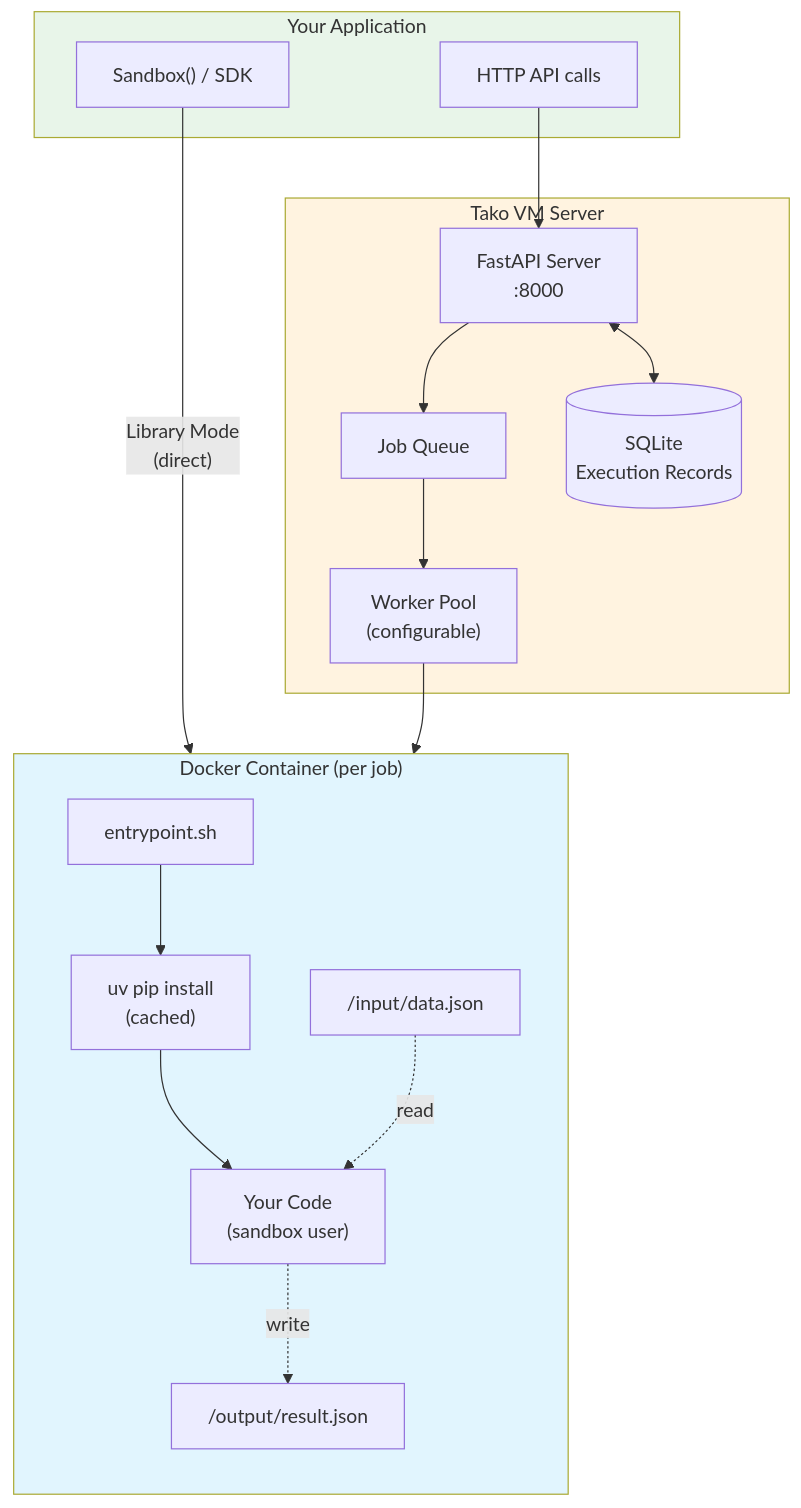
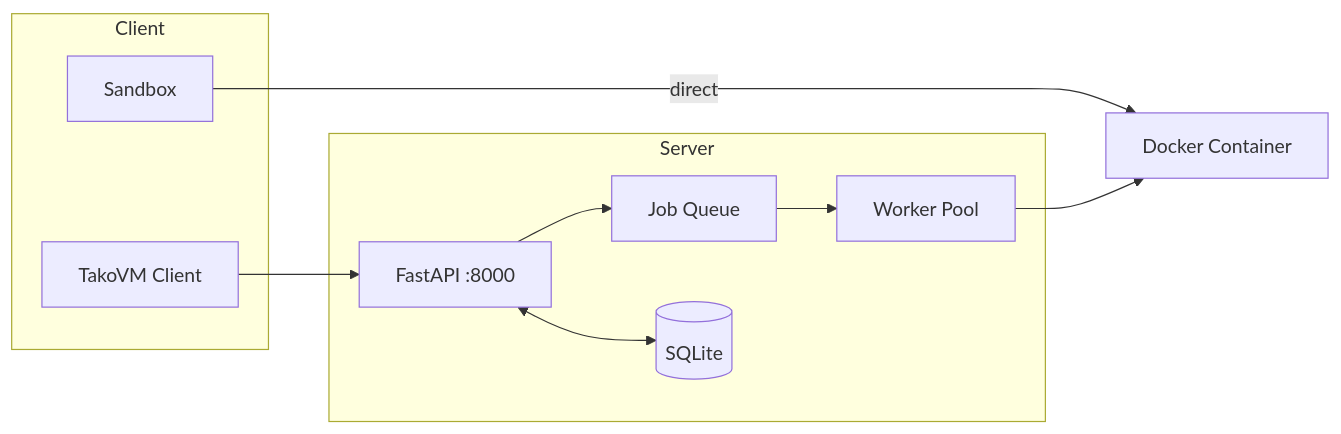
Before and after one commit to outerport/TakoVM: the diagram in README.md, drawn with Mermaid.

Commit message:
Simplify architecture diagram in README
- Change from vertical to horizontal flow for better readability
- Clarify two client paths: Sandbox (direct) vs TakoVM Client (via server)
- Remove verbose labels and multi-line node text
- Reduce diagram from ~40 lines to ~20 lines

````diff
--- a/README.md
+++ b/README.md
@@ -48,38 +48,20 @@
 ```mermaid
-flowchart TB
-    subgraph Client["Your Application"]
-        SDK["Sandbox() / SDK"]
-        API["HTTP API calls"]
+flowchart LR
+    subgraph Client
+        Sandbox[Sandbox]
+        SDK[TakoVM Client]
     end
 
-    subgraph Server["Tako VM Server"]
-        FastAPI["FastAPI Server<br/>:8000"]
-        Queue["Job Queue"]
-        Workers["Worker Pool<br/>(configurable)"]
-        DB[(SQLite<br/>Execution Records)]
+    subgraph Server
+        API[FastAPI :8000]
+        Queue[Job Queue]
+        Pool[Worker Pool]
+        DB[(SQLite)]
     end
 
-    subgraph Container["Docker Container (per job)"]
-        direction TB
-        Entry["entrypoint.sh"]
-        UV["uv pip install<br/>(cached)"]
-        Code["Your Code<br/>(sandbox user)"]
-        Input["/input/data.json"]
-        Output["/output/result.json"]
-    end
+    Container[Docker Container]
 
-    SDK -->|"Library Mode<br/>(direct)"| Container
-    API --> FastAPI
-    FastAPI --> Queue
-    Queue --> Workers
-    Workers --> Container
-    FastAPI <--> DB
-
-    Entry --> UV --> Code
-    Input -.->|read| Code
-    Code -.->|write| Output
-
-    style Container fill:#e1f5fe
-    style Server fill:#fff3e0
-    style Client fill:#e8f5e9
+    Sandbox -->|direct| Container
+    SDK --> API --> Queue --> Pool --> Container
+    API <--> DB
 ```
````
